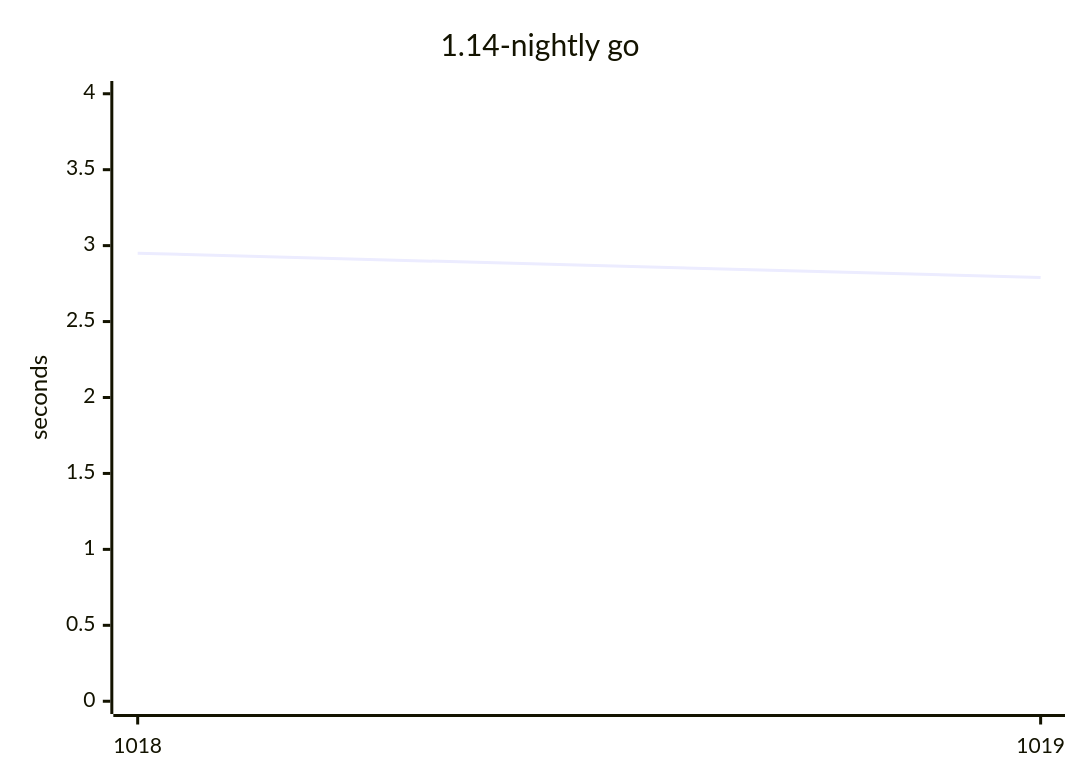
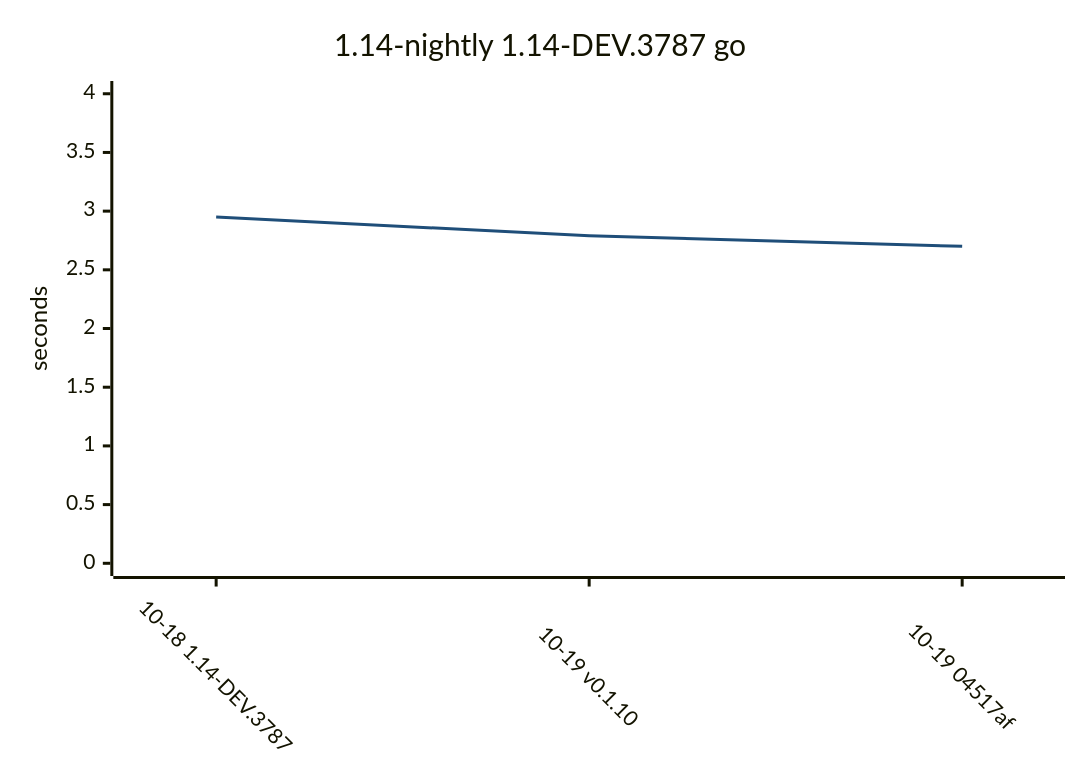
The fifth of 9 diagrams in README.md (yamanori99/DistSSHRun.jl), drawn with Mermaid before and after one commit. The commit also changed other lines of this file and 1 other file, not shown here.

Commit message:
Record compile bench for 1.14-nightly.

````diff
--- a/README.md
+++ b/README.md
@@ -123,7 +165,17 @@
 ```mermaid
+---
+config:
+  theme: base
+  themeVariables:
+    xyChart:
+      plotColorPalette: "#1f4e79"
+  xyChart:
+    xAxis:
+      labelRotation: 45
+---
 xychart-beta
-    title "1.14-nightly go"
-    x-axis ["1018", "1019"]
+    title "1.14-nightly 1.14-DEV.3787 go"
+    x-axis ["10-18 1.14-DEV.3787", "10-19 v0.1.10", "10-19 04517af"]
     y-axis "seconds" 0 --> 4
-    line [2.95, 2.79]
+    line [2.95, 2.79, 2.7]
 ```
````
